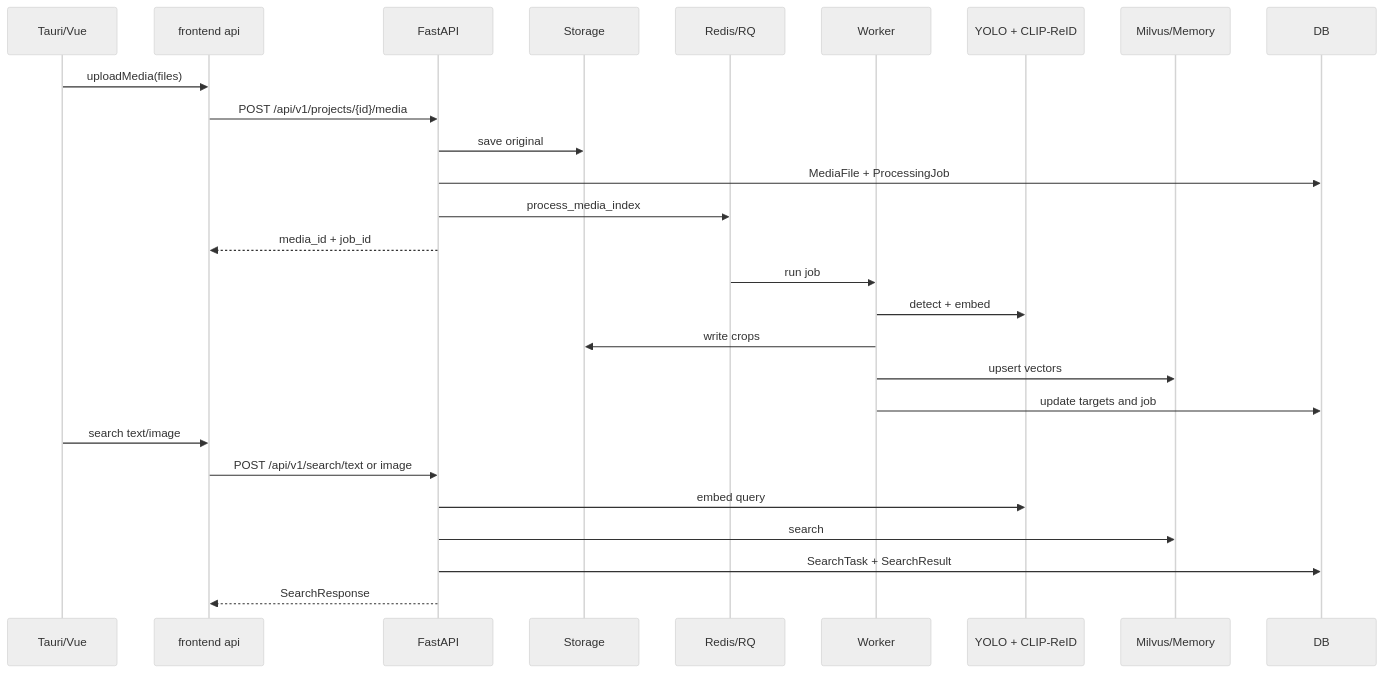
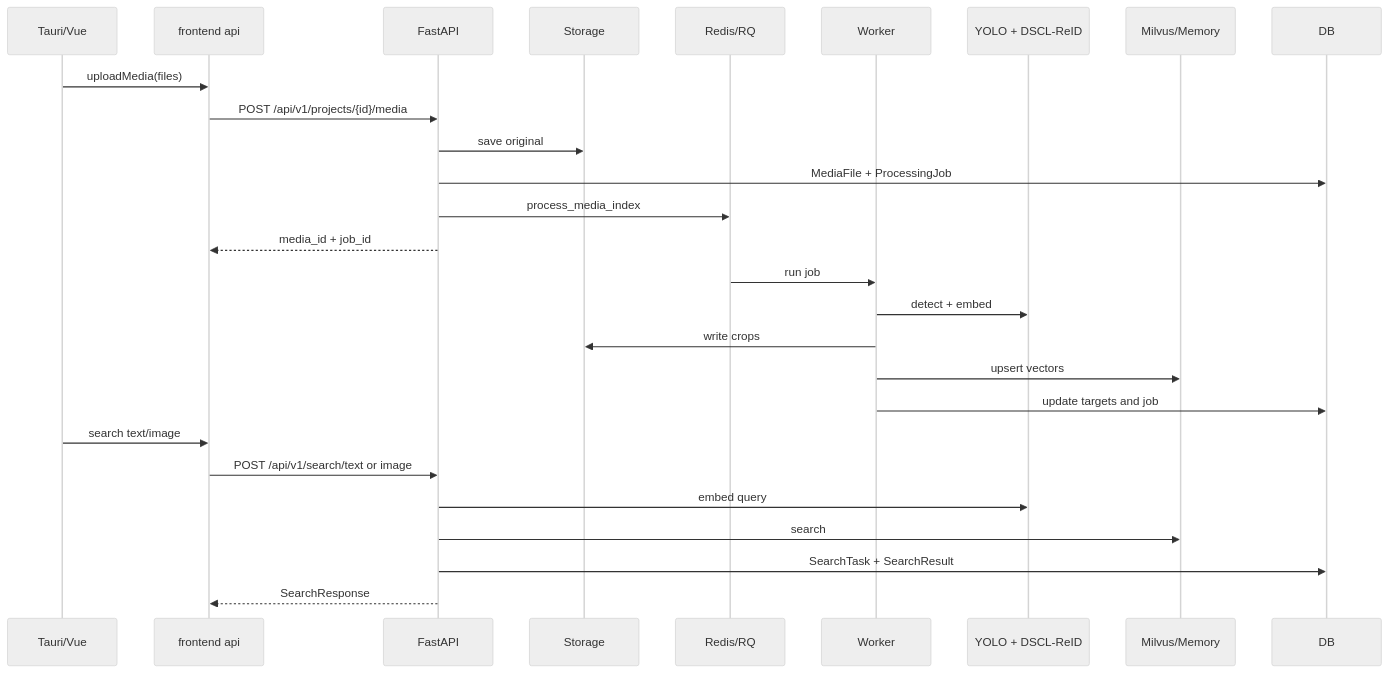
Before and after one commit to Winter0723/ReID: the second of 4 diagrams in docs/API.md, drawn with Mermaid (neutral theme). The commit also changed other lines of this file and 120 other files, not shown here.

````diff
--- a/docs/API.md
+++ b/docs/API.md
@@ -566,30 +566,30 @@
 ```mermaid
 sequenceDiagram
     participant UI as Tauri/Vue
     participant API_TS as frontend api
     participant API as FastAPI
     participant Storage
     participant Queue as Redis/RQ
     participant Worker
-    participant Model as YOLO + CLIP-ReID
+    participant Model as YOLO + DSCL-ReID
     participant Vector as Milvus/Memory
     participant DB
 
     UI->>API_TS: uploadMedia(files)
     API_TS->>API: POST /api/v1/projects/{id}/media
     API->>Storage: save original
     API->>DB: MediaFile + ProcessingJob
     API->>Queue: process_media_index
     API-->>API_TS: media_id + job_id
     Queue->>Worker: run job
     Worker->>Model: detect + embed
     Worker->>Storage: write crops
     Worker->>Vector: upsert vectors
     Worker->>DB: update targets and job
     UI->>API_TS: search text/image
     API_TS->>API: POST /api/v1/search/text or image
     API->>Model: embed query
     API->>Vector: search
     API->>DB: SearchTask + SearchResult
     API-->>API_TS: SearchResponse
 ```
````
